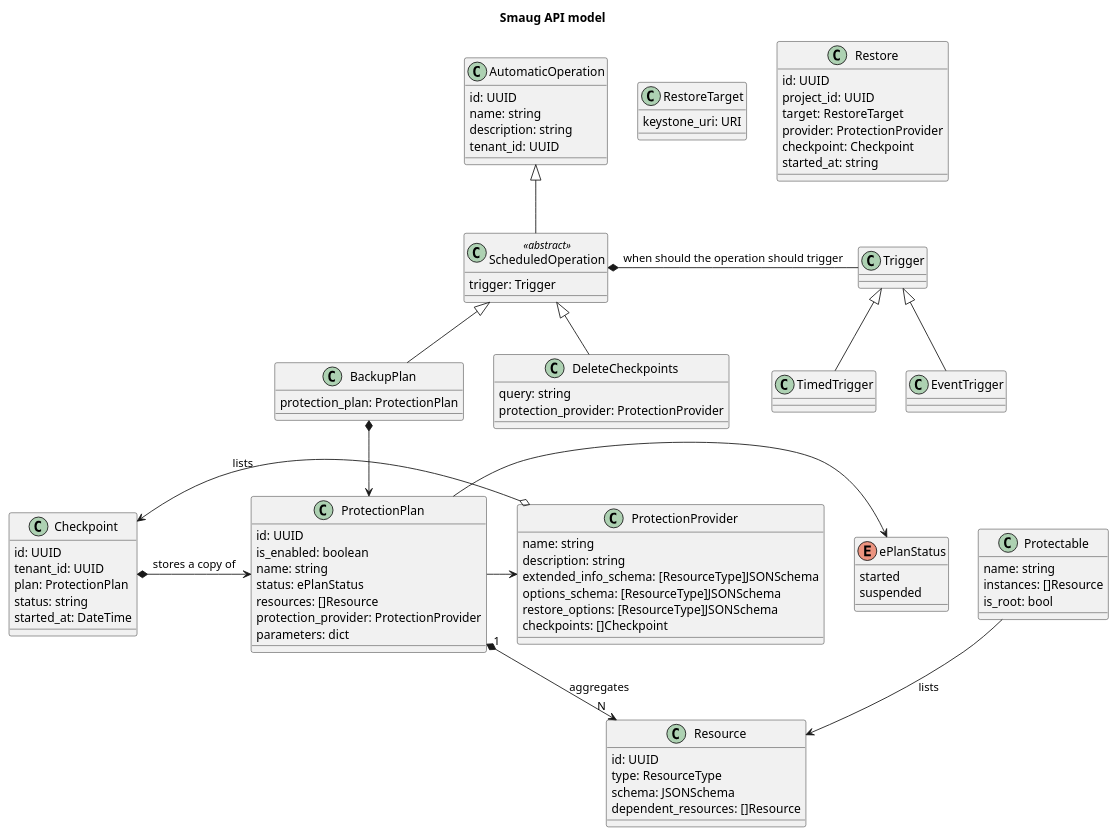
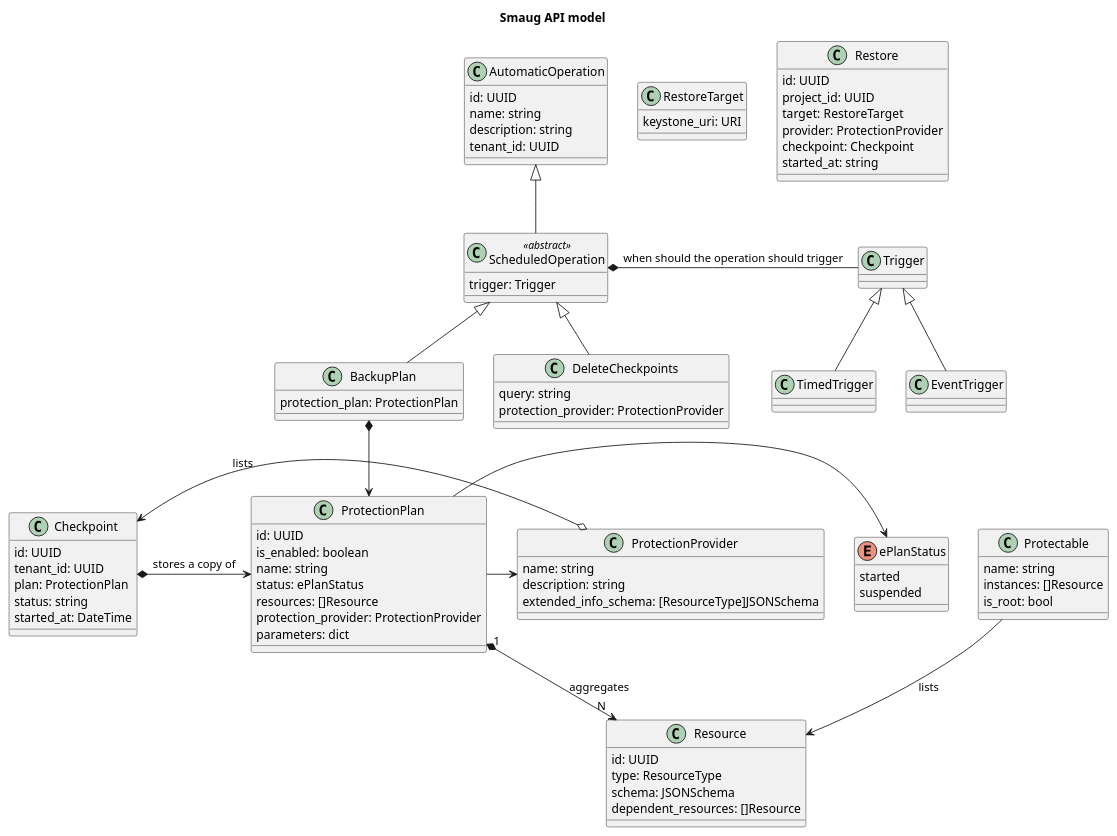
The diagram in doc/source/api/class_diagram.pu (openstack-archive/karbor), drawn with PlantUML before and after one commit.

Commit message:
updata the class model of provider

```diff
--- a/doc/source/api/class_diagram.pu
+++ b/doc/source/api/class_diagram.pu
@@ -1,112 +1,109 @@
 @startuml
 
 title "Smaug API model"
 
 class Protectable {
     name: string
     instances: []Resource
     is_root: bool
 }
 
 Protectable --> Resource: lists
 
 class Resource {
     id: UUID
     type: ResourceType
     schema: JSONSchema
     dependent_resources: []Resource
 }
 
 class Trigger {
 }
 
 class TimedTrigger extends Trigger {
 
 }
 
 class EventTrigger extends Trigger {
 
 }
 
 class Checkpoint {
     id: UUID
     tenant_id: UUID
     plan: ProtectionPlan
     status: string
     started_at: DateTime
 }
 
 Checkpoint *-> ProtectionPlan: stores a copy of
 
 class AutomaticOperation {
     id: UUID
     name: string
     description: string
     tenant_id: UUID
 }
 
 class ScheduledOperation <<abstract>> extends AutomaticOperation {
         trigger: Trigger
 }
 
 ScheduledOperation *- Trigger: when should the operation should trigger
 
 
 class BackupPlan extends ScheduledOperation {
     protection_plan: ProtectionPlan
 }
 
 BackupPlan *--> ProtectionPlan
 
 class DeleteCheckpoints extends ScheduledOperation {
     query: string
     protection_provider: ProtectionProvider
 }
 
 
 class ProtectionProvider {
     name: string
     description: string
     extended_info_schema: [ResourceType]JSONSchema
-    options_schema: [ResourceType]JSONSchema
-    restore_options: [ResourceType]JSONSchema
-    checkpoints: []Checkpoint
 }
 
 ProtectionProvider o-> Checkpoint: lists
 
 class ProtectionPlan {
     id: UUID
     is_enabled: boolean
     name: string
     status: ePlanStatus
     resources: []Resource
     protection_provider: ProtectionProvider
     parameters: dict
 }
 
 ProtectionPlan "1" *--> "N" Resource: aggregates
 ProtectionPlan -> ProtectionProvider
 ProtectionPlan -> ePlanStatus
 
 enum ePlanStatus {
     started
     suspended
 }
 
 class RestoreTarget {
     keystone_uri: URI
 }
 
 class Restore {
     id: UUID
     project_id: UUID
     target: RestoreTarget
     provider: ProtectionProvider
     checkpoint: Checkpoint
     started_at: string
 }
 
 Restore *-> RestoreTarget: restores to
 
 @enduml
```
